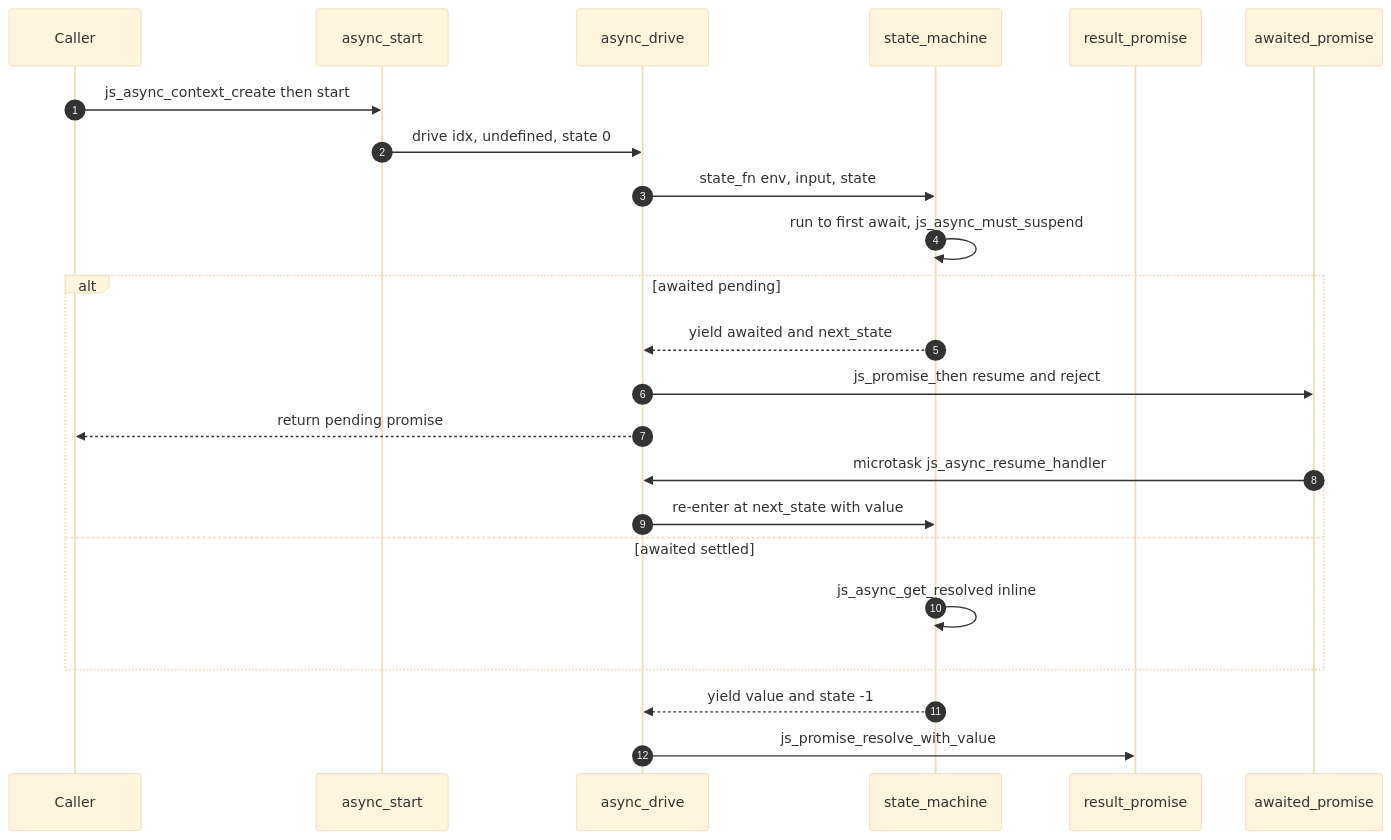
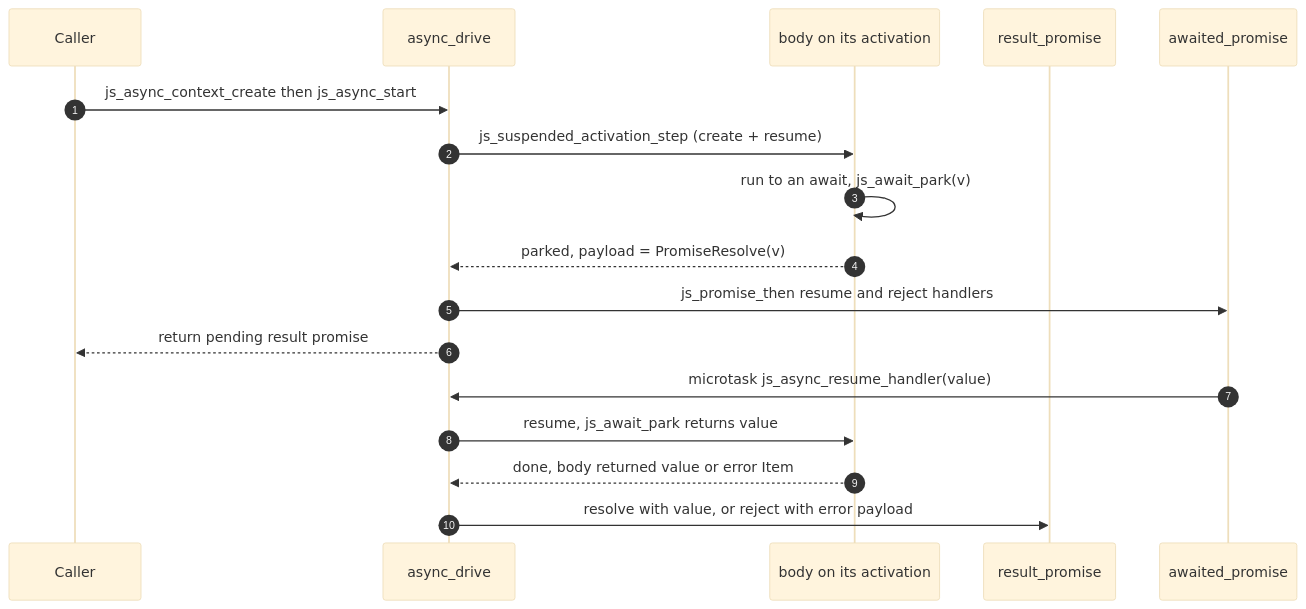
Before and after one commit to henry-luo/lambda: the diagram in doc/dev/js/diagram/d09_async_await.mmd, drawn with Mermaid (base theme). The commit also changed 81 other files, not shown here.

```diff
--- a/doc/dev/js/diagram/d09_async_await.mmd
+++ b/doc/dev/js/diagram/d09_async_await.mmd
@@ -1,23 +1,17 @@
 sequenceDiagram
     autonumber
     participant Caller
-    participant async_start
     participant async_drive
-    participant state_machine
+    participant activation as body on its activation
     participant result_promise
     participant awaited_promise
-    Caller->>async_start: js_async_context_create then start
-    async_start->>async_drive: drive idx, undefined, state 0
-    async_drive->>state_machine: state_fn env, input, state
-    state_machine->>state_machine: run to first await, js_async_must_suspend
-    alt awaited pending
-        state_machine-->>async_drive: yield awaited and next_state
-        async_drive->>awaited_promise: js_promise_then resume and reject
-        async_drive-->>Caller: return pending promise
-        awaited_promise->>async_drive: microtask js_async_resume_handler
-        async_drive->>state_machine: re-enter at next_state with value
-    else awaited settled
-        state_machine->>state_machine: js_async_get_resolved inline
-    end
-    state_machine-->>async_drive: yield value and state -1
-    async_drive->>result_promise: js_promise_resolve_with_value
+    Caller->>async_drive: js_async_context_create then js_async_start
+    async_drive->>activation: js_suspended_activation_step (create + resume)
+    activation->>activation: run to an await, js_await_park(v)
+    activation-->>async_drive: parked, payload = PromiseResolve(v)
+    async_drive->>awaited_promise: js_promise_then resume and reject handlers
+    async_drive-->>Caller: return pending result promise
+    awaited_promise->>async_drive: microtask js_async_resume_handler(value)
+    async_drive->>activation: resume, js_await_park returns value
+    activation-->>async_drive: done, body returned value or error Item
+    async_drive->>result_promise: resolve with value, or reject with error payload
```
